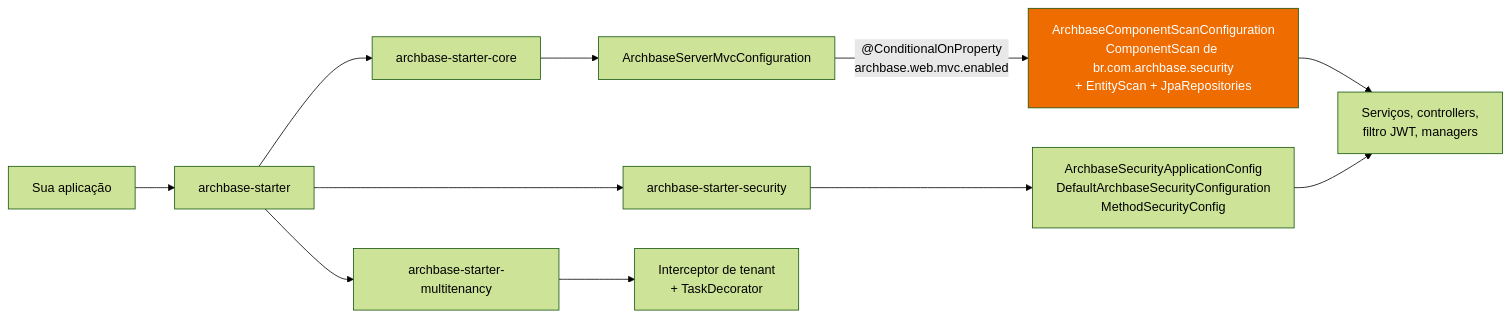
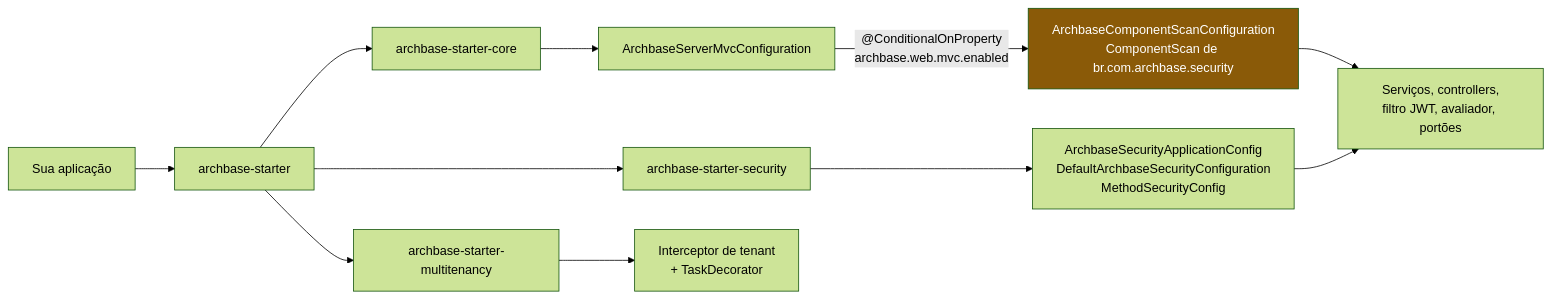
The eighth of 8 diagrams in archbase-security/ARQUITETURA.md (edsonmartins/archbase-app-framework), drawn with Mermaid (forest theme) before and after one commit. The commit also changed other lines of this file and 5 other files, not shown here.

````diff
--- a/archbase-security/ARQUITETURA.md
+++ b/archbase-security/ARQUITETURA.md
@@ -312,17 +768,17 @@
 ```mermaid
 flowchart LR
     APP[Sua aplicação] --> ST[archbase-starter]
     ST --> STC[archbase-starter-core]
     ST --> STS[archbase-starter-security]
     ST --> STM[archbase-starter-multitenancy]
 
     STC --> MVC["ArchbaseServerMvcConfiguration"]
-    MVC -->|"@ConditionalOnProperty<br/>archbase.web.mvc.enabled"| SCAN["ArchbaseComponentScanConfiguration<br/>ComponentScan de br.com.archbase.security<br/>+ EntityScan + JpaRepositories"]
+    MVC -->|"@ConditionalOnProperty<br/>archbase.web.mvc.enabled"| SCAN["ArchbaseComponentScanConfiguration<br/>ComponentScan de br.com.archbase.security"]
     STS --> CFG["ArchbaseSecurityApplicationConfig<br/>DefaultArchbaseSecurityConfiguration<br/>MethodSecurityConfig"]
     STM --> TEN["Interceptor de tenant<br/>+ TaskDecorator"]
 
-    SCAN --> BEANS[Serviços, controllers,<br/>filtro JWT, managers]
+    SCAN --> BEANS[Serviços, controllers,<br/>filtro JWT, avaliador, portões]
     CFG --> BEANS
 
-    style SCAN fill:#ef6c00,color:#fff
+    style SCAN fill:#8a5a08,color:#fff
 ```
````
